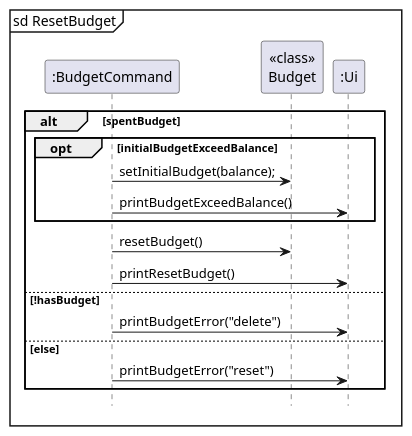
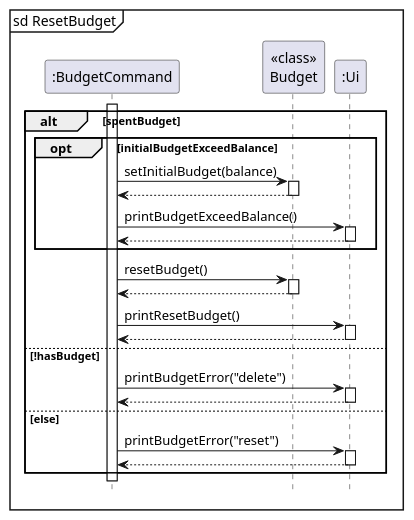
Before and after one commit to nus-cs2113-AY2324S1/tp: the diagram in docs/diagrams/resetBudget.puml, drawn with PlantUML. The commit also changed 11 other files, not shown here.

Commit message:
Update diagrams, DG and UG

```diff
--- a/docs/diagrams/resetBudget.puml
+++ b/docs/diagrams/resetBudget.puml
@@ -1,22 +1,32 @@
 @startuml
+
+autoactivate on
 
 mainframe sd ResetBudget
 participant ":BudgetCommand" as BudgetCommand
 participant "<<class>>\nBudget" as Budget
 participant ":Ui" as Ui
 
+activate BudgetCommand
+
 alt spentBudget
     opt initialBudgetExceedBalance
-        BudgetCommand -> Budget: setInitialBudget(balance);
+        BudgetCommand -> Budget: setInitialBudget(balance)
+        return
         BudgetCommand -> Ui: printBudgetExceedBalance()
+        return
     end
     BudgetCommand -> Budget: resetBudget()
+    return
     BudgetCommand -> Ui: printResetBudget()
+    return
 else !hasBudget
     BudgetCommand -> Ui: printBudgetError("delete")
+    return
 else else
     BudgetCommand -> Ui: printBudgetError("reset")
+    return
 end
 
 hide footbox
 @enduml
```
